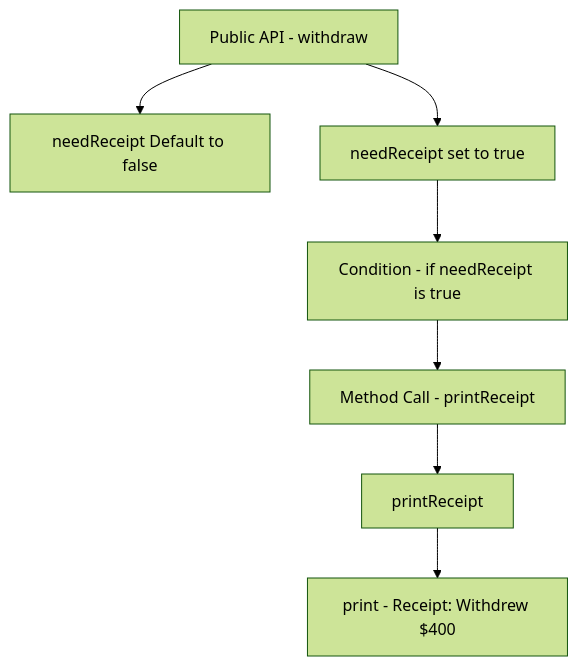
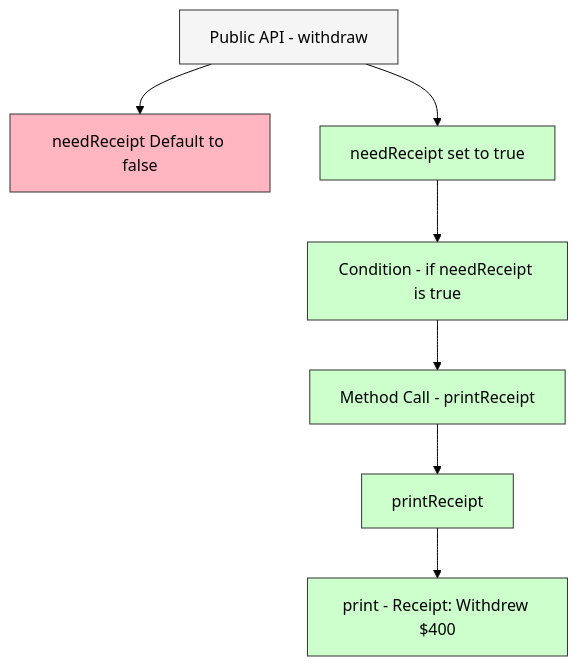
The fourth of 4 diagrams in wiki/Writing-tests-with-good-behavioural-coverage.md (oppia/oppia-android), drawn with Mermaid (forest theme) before and after one commit. The commit also changed other lines of this file and 1 other file, not shown here.

````diff
--- a/wiki/Writing-tests-with-good-behavioural-coverage.md
+++ b/wiki/Writing-tests-with-good-behavioural-coverage.md
@@ -1228,9 +1336,17 @@
 ```mermaid
 graph TD
     A[Public API - withdraw] --> B[needReceipt Default to false]
     A[Public API - withdraw] --> C[needReceipt set to true]
     C  --> D[Condition - if needReceipt is true]
     D --> E[Method Call - printReceipt]
     E --> F[printReceipt]
     F --> G[print - Receipt: Withdrew $400]
+
+    style A fill:#f5f5f5,stroke:#333,stroke-width:1px, color:#000
+    style B fill:#ffb6c1,stroke:#333,stroke-width:1px, color:#00
+    style C fill:#cfc,stroke:#333,stroke-width:1px
+    style D fill:#cfc,stroke:#333,stroke-width:1px
+    style E fill:#cfc,stroke:#333,stroke-width:1px
+    style F fill:#cfc,stroke:#333,stroke-width:1px
+    style G fill:#cfc,stroke:#333,stroke-width:1px
 ```
````
